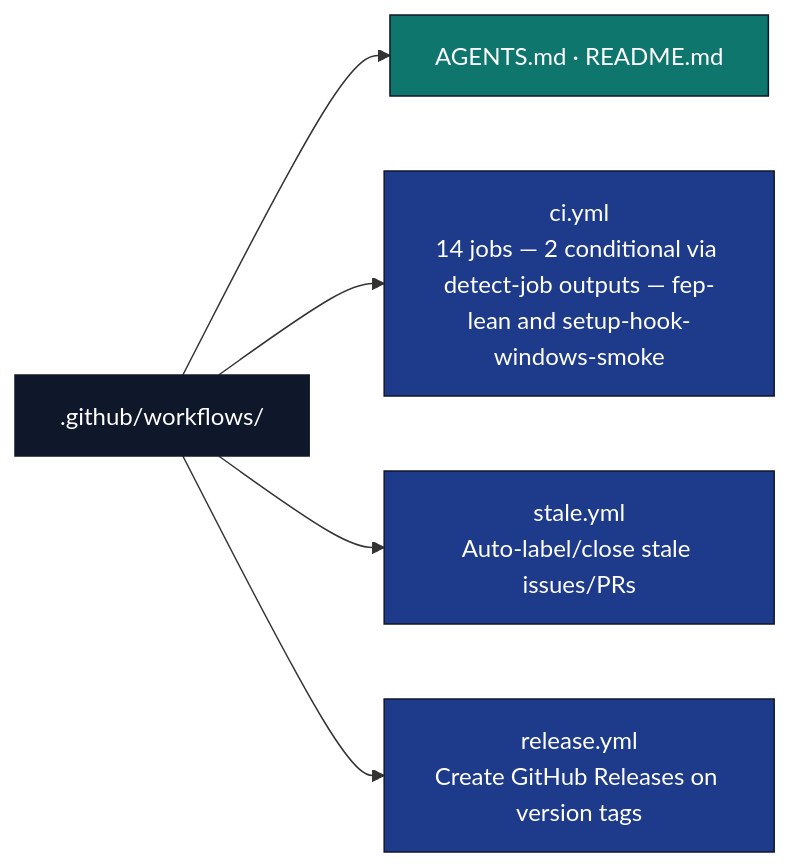
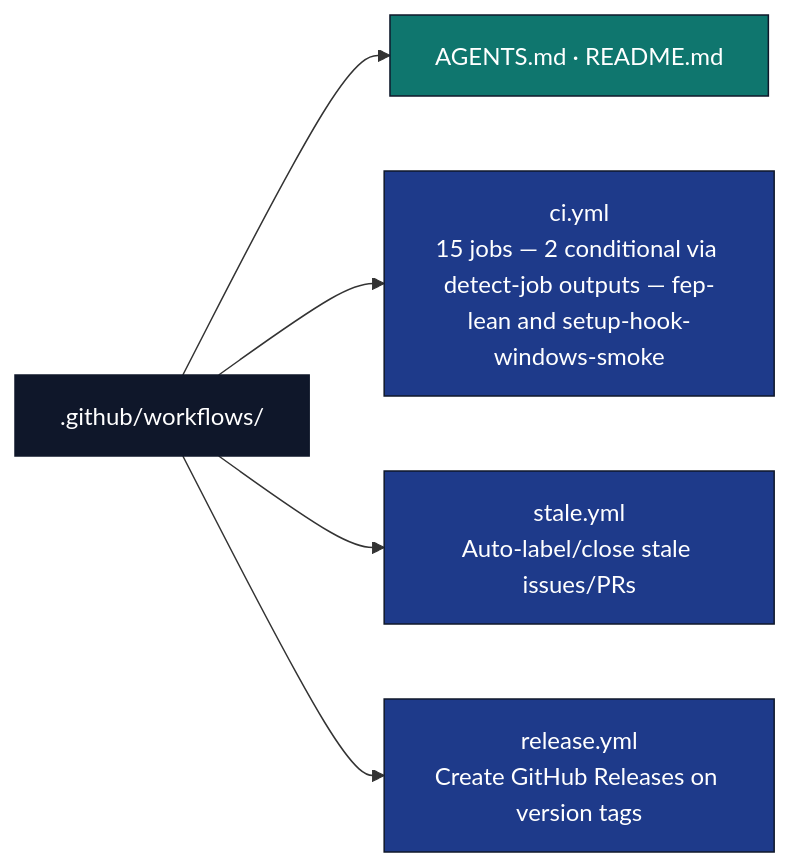
The first of 2 diagrams in .github/workflows/AGENTS.md (docxology/template), drawn with Mermaid before and after one commit. The commit also changed other lines of this file and 129 other files, not shown here.

````diff
--- a/.github/workflows/AGENTS.md
+++ b/.github/workflows/AGENTS.md
@@ -9,15 +9,15 @@
 ```mermaid
 flowchart LR
     W[.github/workflows/]
     W --> META[AGENTS.md · README.md]
-    W --> CI[ci.yml<br/>14 jobs — 2 conditional via detect-job outputs — fep-lean and setup-hook-windows-smoke]
+    W --> CI[ci.yml<br/>15 jobs — 2 conditional via detect-job outputs — fep-lean and setup-hook-windows-smoke]
     W --> STALE[stale.yml<br/>Auto-label/close stale issues/PRs]
     W --> REL[release.yml<br/>Create GitHub Releases on version tags]
 
     classDef d fill:#0f172a,stroke:#0f172a,color:#fff
     classDef code fill:#1e3a8a,stroke:#0f172a,color:#fff
     classDef doc fill:#0f766e,stroke:#0f172a,color:#fff
     class W d
     class CI,STALE,REL code
     class META doc
 ```
````
